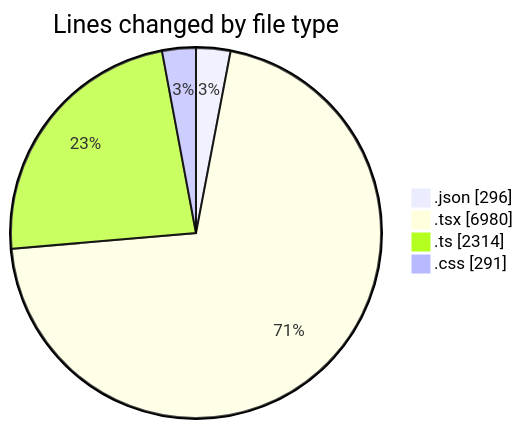
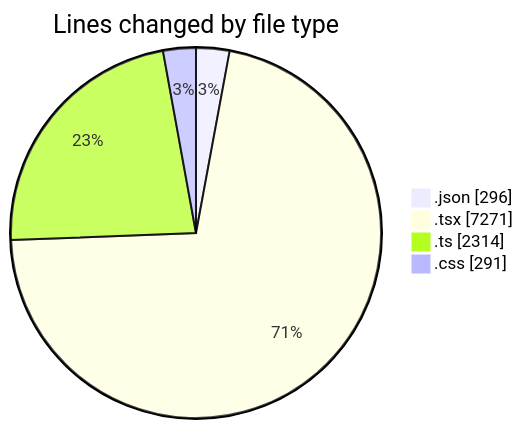
Before and after one commit to julien-gomy/code-tracking: the first of 2 diagrams in 2025-10-07/eventscop-frontend-guide__workspace_/README.md, drawn with Mermaid. The commit also changed other lines of this file and 1 other file, not shown here.

````diff
--- a/2025-10-07/eventscop-frontend-guide__workspace_/README.md
+++ b/2025-10-07/eventscop-frontend-guide__workspace_/README.md
@@ -75,8 +76,8 @@
 ```mermaid
 pie showData
 title Lines changed by file type
 ".json" : 296
-".tsx" : 6980
+".tsx" : 7271
 ".ts" : 2314
 ".css" : 291
 ```
````
